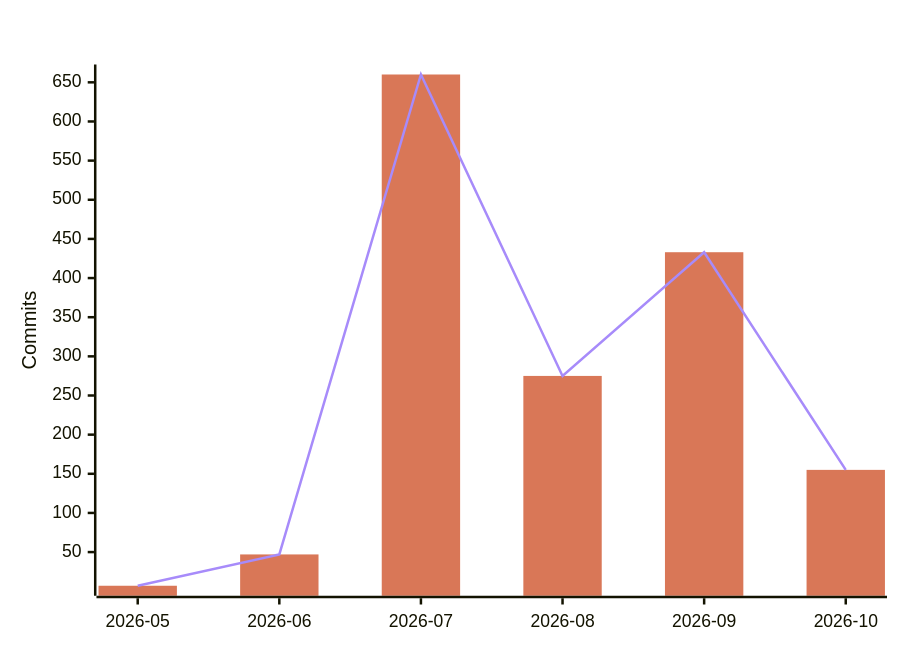
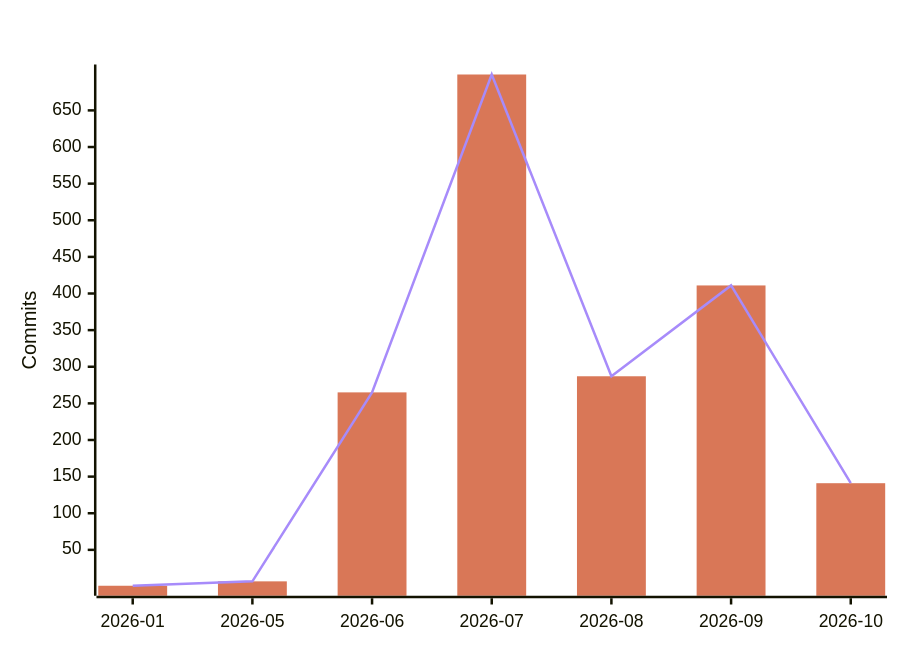
Before and after one commit to polo-nyan/polo-nyan: the fourth of 7 diagrams in README.md, drawn with Mermaid. The commit also changed other lines of this file and 1 other file, not shown here.

````diff
--- a/README.md
+++ b/README.md
@@ -294,9 +294,9 @@
 ```mermaid
 %%{init: {"xyChart": {"titleColor": "#ffffff", "xAxisLabelColor": "#ffffff", "yAxisLabelColor": "#ffffff"}, "themeVariables": {"xyChart": {"titleColor": "#ffffff", "plotColorPalette": "#d97757, #a78bfa"}}}}%%
 xychart-beta
     title "AI-Assisted Commits Per Month"
-    x-axis ["2026-05", "2026-06", "2026-07", "2026-08", "2026-09", "2026-10"]
+    x-axis ["2026-01", "2026-05", "2026-06", "2026-07", "2026-08", "2026-09", "2026-10"]
     y-axis "Commits"
-    bar [7, 47, 660, 275, 433, 155]
-    line [7, 47, 660, 275, 433, 155]
+    bar [1, 7, 265, 699, 287, 411, 141]
+    line [1, 7, 265, 699, 287, 411, 141]
 ```
````
